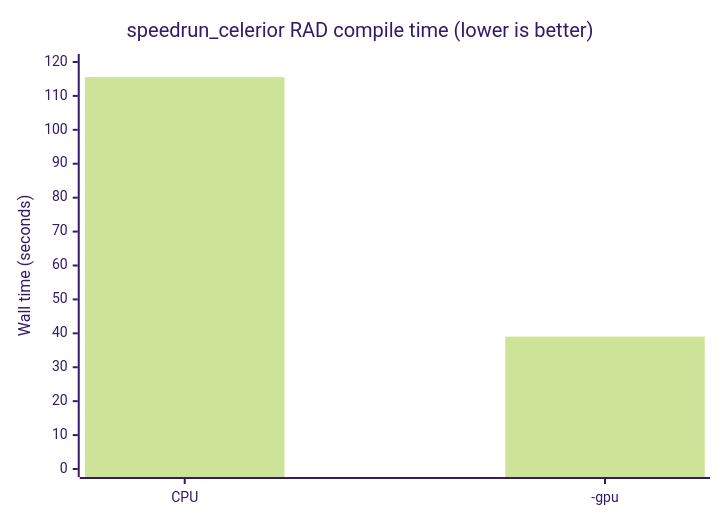
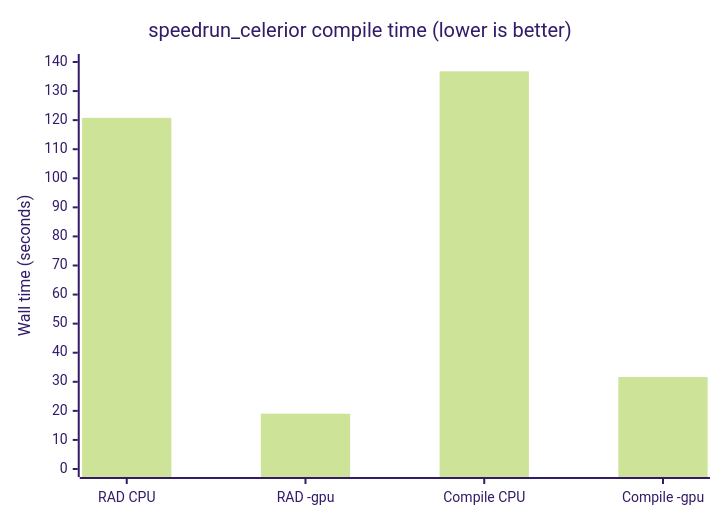
Before and after one commit to speedrun-16/hltools: the first of 3 diagrams in README.md, drawn with Mermaid (forest theme). The commit also changed other lines of this file and 3 other files, not shown here.

````diff
--- a/README.md
+++ b/README.md
@@ -41,7 +44,7 @@
 ```mermaid
 xychart-beta
-    title "speedrun_celerior RAD compile time (lower is better)"
-    x-axis ["CPU", "-gpu"]
-    y-axis "Wall time (seconds)" 0 --> 120
-    bar [115.533, 39.041]
+    title "speedrun_celerior compile time (lower is better)"
+    x-axis ["RAD CPU", "RAD -gpu", "Compile CPU", "Compile -gpu"]
+    y-axis "Wall time (seconds)" 0 --> 140
+    bar [120.79, 19.02, 136.79, 31.65]
 ```
````
